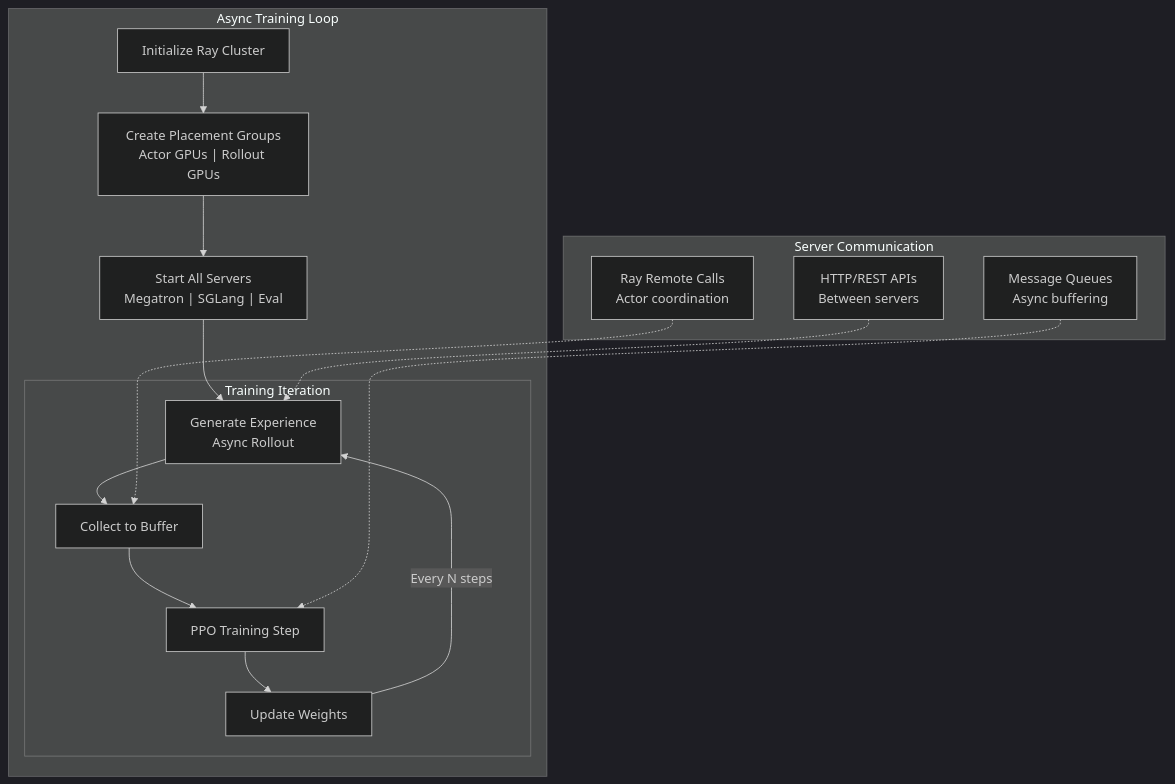
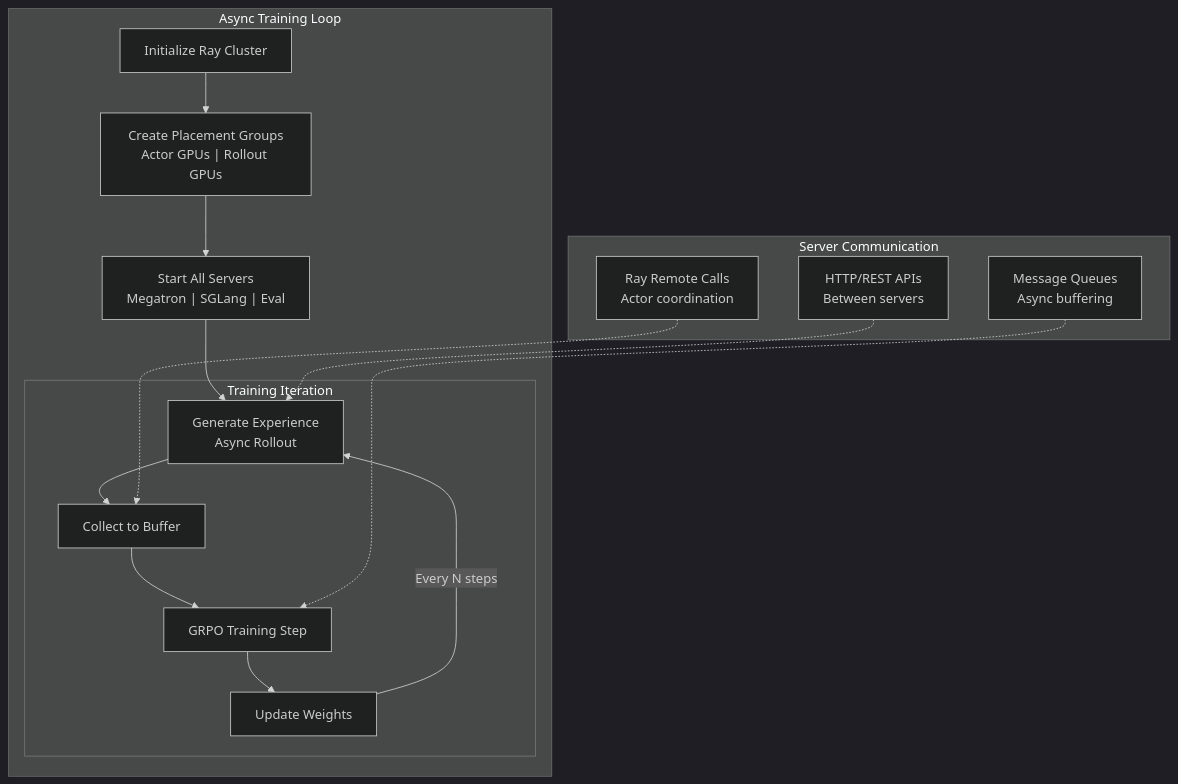
Before and after one commit to RLsys-Foundation/TritonForge: the third of 5 diagrams in docs/ARCHITECTURE.md, drawn with Mermaid (dark theme). The commit also changed other lines of this file, not shown here.

````diff
--- a/docs/ARCHITECTURE.md
+++ b/docs/ARCHITECTURE.md
@@ -152,35 +152,35 @@
 ```mermaid
 flowchart TB
     subgraph ATL["Async Training Loop"]
         Init[Initialize Ray Cluster]
         CreatePG["Create Placement Groups<br/>Actor GPUs | Rollout GPUs"]
         StartServers["Start All Servers<br/>Megatron | SGLang | Eval"]
 
         Init --> CreatePG
         CreatePG --> StartServers
 
         subgraph TIter["Training Iteration"]
             GenExp["Generate Experience<br/>Async Rollout"]
             CollectData[Collect to Buffer]
-            TrainStep[PPO Training Step]
+            TrainStep[GRPO Training Step]
             UpdateWeights[Update Weights]
 
             GenExp --> CollectData
             CollectData --> TrainStep
             TrainStep --> UpdateWeights
             UpdateWeights -->|Every N steps| GenExp
         end
 
         StartServers --> GenExp
     end
 
     subgraph SC["Server Communication"]
         HTTP["HTTP/REST APIs<br/>Between servers"]
         Ray["Ray Remote Calls<br/>Actor coordination"]
         Queue["Message Queues<br/>Async buffering"]
 
         HTTP -.-> GenExp
         Ray -.-> CollectData
         Queue -.-> TrainStep
     end
 ```
````
